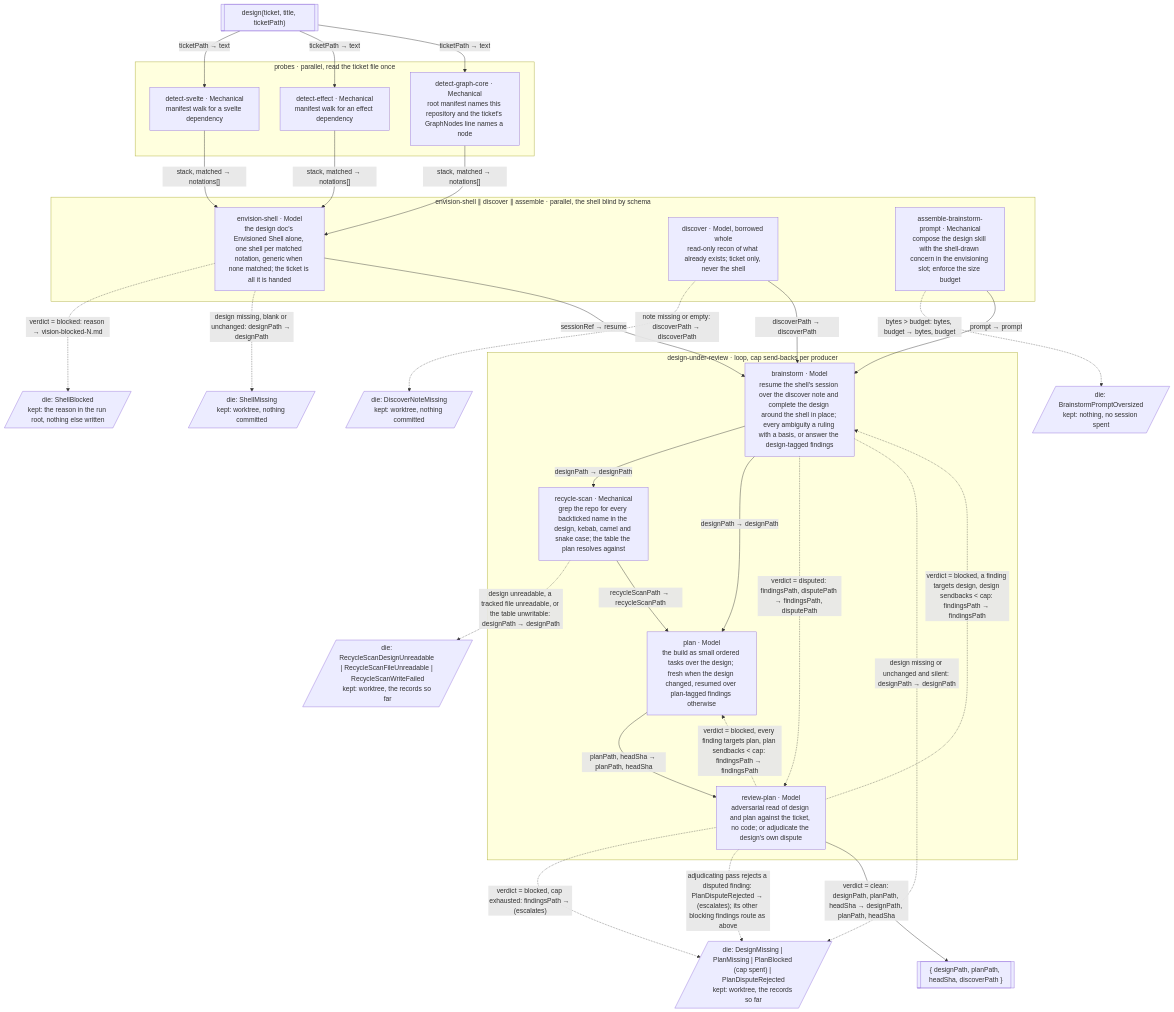
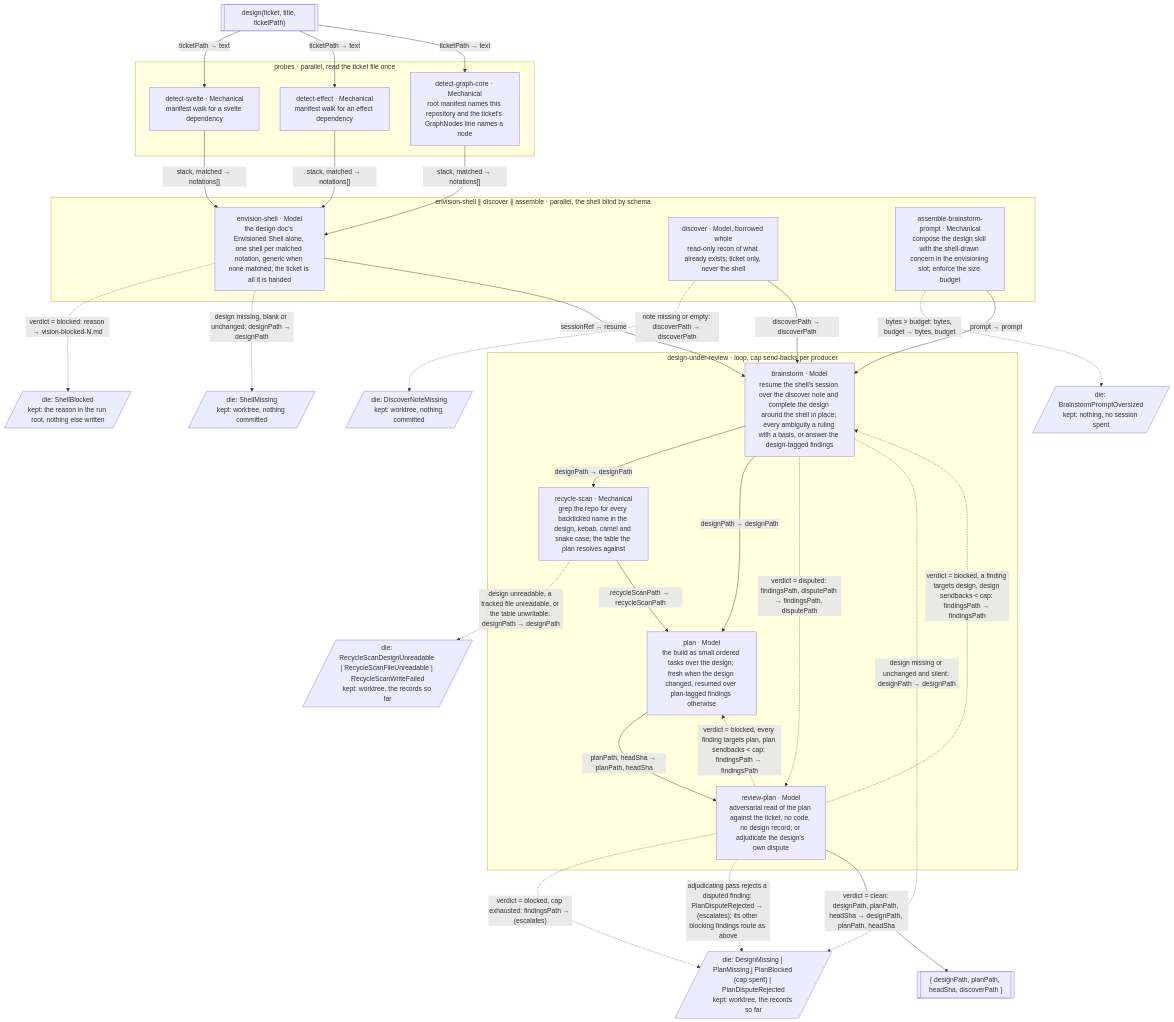
Before and after one commit to SaintPepsi/mechanical-agent-graph: the diagram in plugins/mag/src/graphs/design-graph/vision.md, drawn with Mermaid. The commit also changed 4 other files, not shown here.

````diff
--- a/plugins/mag/src/graphs/design-graph/vision.md
+++ b/plugins/mag/src/graphs/design-graph/vision.md
@@ -1,51 +1,51 @@
 ```mermaid
 graph TD
   IN[["design(ticket, title, ticketPath)"]]
   OUT[["{ designPath, planPath, headSha, discoverPath }"]]
 
   subgraph Probes["probes · parallel, read the ticket file once"]
     PS["detect-svelte · Mechanical<br/>manifest walk for a svelte dependency"]
     PE["detect-effect · Mechanical<br/>manifest walk for an effect dependency"]
     PG["detect-graph-core · Mechanical<br/>root manifest names this repository and the ticket's GraphNodes line names a node"]
   end
 
   IN -- "ticketPath → text" --> PS
   IN -- "ticketPath → text" --> PE
   IN -- "ticketPath → text" --> PG
 
   subgraph Open["envision-shell ∥ discover ∥ assemble · parallel, the shell blind by schema"]
     ES["envision-shell · Model<br/>the design doc's Envisioned Shell alone, one shell per matched notation, generic when none matched; the ticket is all it is handed"]
     DISC["discover · Model, borrowed whole<br/>read-only recon of what already exists; ticket only, never the shell"]
     ASM["assemble-brainstorm-prompt · Mechanical<br/>compose the design skill with the shell-drawn concern in the envisioning slot; enforce the size budget"]
   end
   PS -- "stack, matched → notations[]" --> ES
   PE -- "stack, matched → notations[]" --> ES
   PG -- "stack, matched → notations[]" --> ES
   ES -. "verdict = blocked: reason → vision-blocked-N.md" .-> DEADSHELL[/"die: ShellBlocked<br/>kept: the reason in the run root, nothing else written"/]
   ES -. "design missing, blank or unchanged: designPath → designPath" .-> DEADMISSING[/"die: ShellMissing<br/>kept: worktree, nothing committed"/]
   DISC -. "note missing or empty: discoverPath → discoverPath" .-> DEADDISC[/"die: DiscoverNoteMissing<br/>kept: worktree, nothing committed"/]
   ASM -. "bytes > budget: bytes, budget → bytes, budget" .-> DEADSIZE[/"die: BrainstormPromptOversized<br/>kept: nothing, no session spent"/]
 
   subgraph Loop["design-under-review · loop, cap send-backs per producer"]
     BS["brainstorm · Model<br/>resume the shell's session over the discover note and complete the design around the shell in place; every ambiguity a ruling with a basis, or answer the design-tagged findings"]
     RS["recycle-scan · Mechanical<br/>grep the repo for every backticked name in the design, kebab, camel and snake case; the table the plan resolves against"]
     PL["plan · Model<br/>the build as small ordered tasks over the design; fresh when the design changed, resumed over plan-tagged findings otherwise"]
-    RP["review-plan · Model<br/>adversarial read of design and plan against the ticket, no code; or adjudicate the design's own dispute"]
+    RP["review-plan · Model<br/>adversarial read of the plan against the ticket, no code, no design record; or adjudicate the design's own dispute"]
   end
   ES -- "sessionRef → resume" --> BS
   DISC -- "discoverPath → discoverPath" --> BS
   ASM -- "prompt → prompt" --> BS
   BS -- "designPath → designPath" --> RS
   RS -. "design unreadable, a tracked file unreadable, or the table unwritable: designPath → designPath" .-> DEADRS[/"die: RecycleScanDesignUnreadable | RecycleScanFileUnreadable | RecycleScanWriteFailed<br/>kept: worktree, the records so far"/]
   BS -- "designPath → designPath" --> PL
   RS -- "recycleScanPath → recycleScanPath" --> PL
   PL -- "planPath, headSha → planPath, headSha" --> RP
   RP -. "verdict = blocked, a finding targets design, design sendbacks < cap: findingsPath → findingsPath" .-> BS
   RP -. "verdict = blocked, every finding targets plan, plan sendbacks < cap: findingsPath → findingsPath" .-> PL
   BS -. "verdict = disputed: findingsPath, disputePath → findingsPath, disputePath" .-> RP
   BS -. "design missing or unchanged and silent: designPath → designPath" .-> DEADLOOP[/"die: DesignMissing | PlanMissing | PlanBlocked (cap spent) | PlanDisputeRejected<br/>kept: worktree, the records so far"/]
   RP -. "verdict = blocked, cap exhausted: findingsPath → (escalates)" .-> DEADLOOP
   RP -. "adjudicating pass rejects a disputed finding: PlanDisputeRejected → (escalates); its other blocking findings route as above" .-> DEADLOOP
 
   RP -- "verdict = clean: designPath, planPath, headSha → designPath, planPath, headSha" --> OUT
 ```
````
